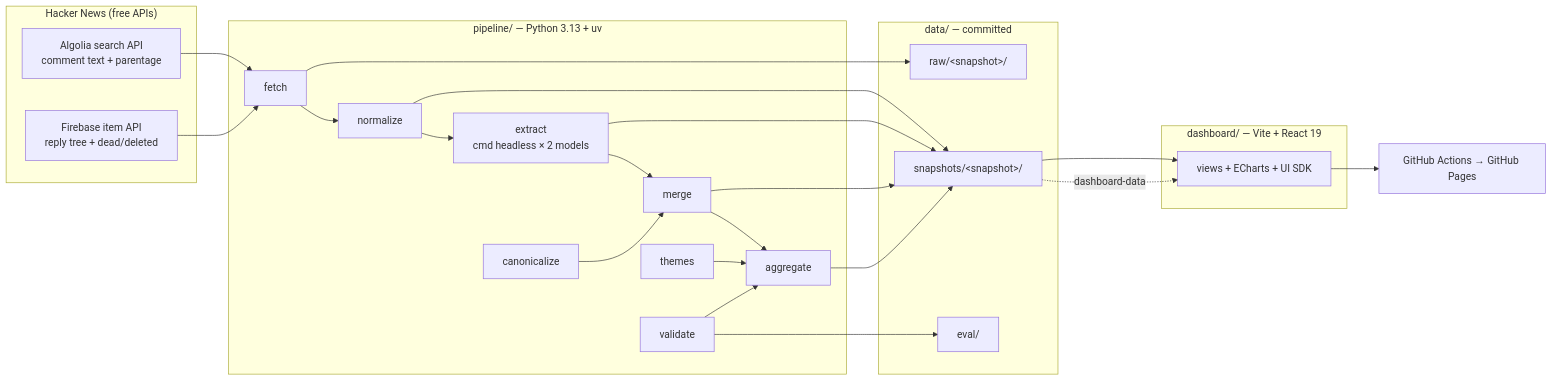
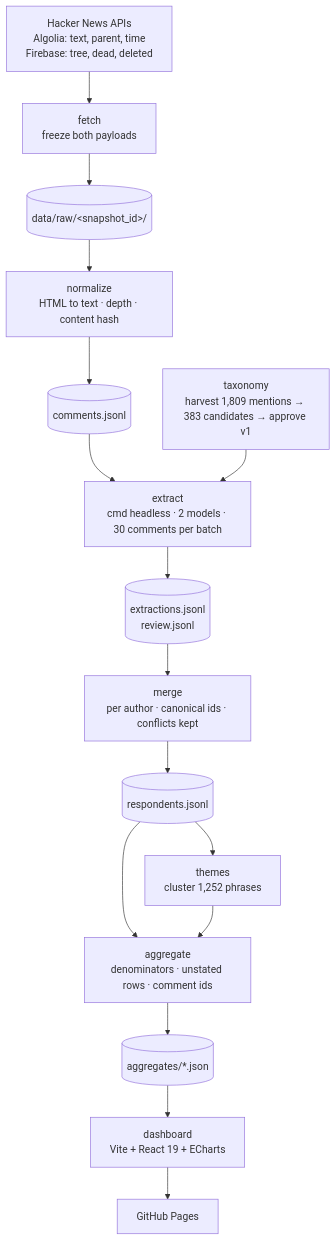
One commit to Nabeelhassan/hn-agentic-ai-survey changed the first of 8 diagrams in docs/ARCHITECTURE.md. Above: the diagram before and after it, drawn with Mermaid. The commit also changed other lines of this file, not shown here.

Commit message:
docs: redraw the pipeline and deploy diagrams top-down
The left-to-right versions compressed into an unreadable strip; stages
now read vertically with artifacts as separate nodes.

````diff
--- a/docs/ARCHITECTURE.md
+++ b/docs/ARCHITECTURE.md
@@ -37,45 +37,27 @@
 ```mermaid
-flowchart LR
-  subgraph HN["Hacker News (free APIs)"]
-    A1["Algolia search API<br/>comment text + parentage"]
-    A2["Firebase item API<br/>reply tree + dead/deleted"]
-  end
+flowchart TD
+  HN["Hacker News APIs<br/>Algolia: text, parent, time<br/>Firebase: tree, dead, deleted"]
+  FETCH["fetch<br/>freeze both payloads"]
+  RAW[("data/raw/&lt;snapshot_id&gt;/")]
+  NORM["normalize<br/>HTML to text · depth · content hash"]
+  COMMENTS[("comments.jsonl")]
+  TAX["taxonomy<br/>harvest 1,809 mentions → 383 candidates → approve v1"]
+  EXTRACT["extract<br/>cmd headless · 2 models · 30 comments per batch"]
+  EXTRACTIONS[("extractions.jsonl<br/>review.jsonl")]
+  MERGE["merge<br/>per author · canonical ids · conflicts kept"]
+  RESP[("respondents.jsonl")]
+  THEMES["themes<br/>cluster 1,252 phrases"]
+  AGG["aggregate<br/>denominators · unstated rows · comment ids"]
+  AGGJSON[("aggregates/*.json")]
+  DASH["dashboard<br/>Vite + React 19 + ECharts"]
+  PAGES["GitHub Pages"]
 
-  subgraph Pipeline["pipeline/ — Python 3.13 + uv"]
-    F["fetch"]
-    N["normalize"]
-    X["extract<br/>cmd headless × 2 models"]
-    C["canonicalize"]
-    M["merge"]
-    T["themes"]
-    G["aggregate"]
-    V["validate"]
-    F --> N --> X --> M --> G
-    C --> M
-    T --> G
-    V --> G
-  end
-
-  subgraph Store["data/ — committed"]
-    R["raw/&lt;snapshot&gt;/"]
-    S["snapshots/&lt;snapshot&gt;/"]
-    E["eval/"]
-  end
-
-  A1 --> F
-  A2 --> F
-  F --> R
-  N --> S
-  X --> S
-  M --> S
-  G --> S
-  V --> E
-  S --> D
-
-  subgraph Dash["dashboard/ — Vite + React 19"]
-    D["views + ECharts + UI SDK"]
-  end
-
-  D --> P["GitHub Actions → GitHub Pages"]
-  S -. "dashboard-data" .-> D
+  HN --> FETCH --> RAW --> NORM --> COMMENTS
+  COMMENTS --> EXTRACT
+  TAX --> EXTRACT
+  EXTRACT --> EXTRACTIONS --> MERGE --> RESP
+  RESP --> THEMES
+  RESP --> AGG
+  THEMES --> AGG
+  AGG --> AGGJSON --> DASH --> PAGES
 ```
````
